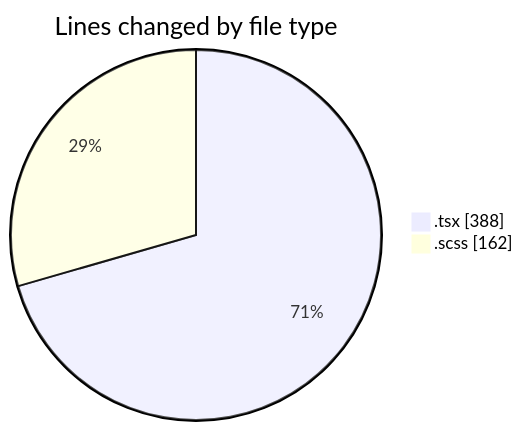
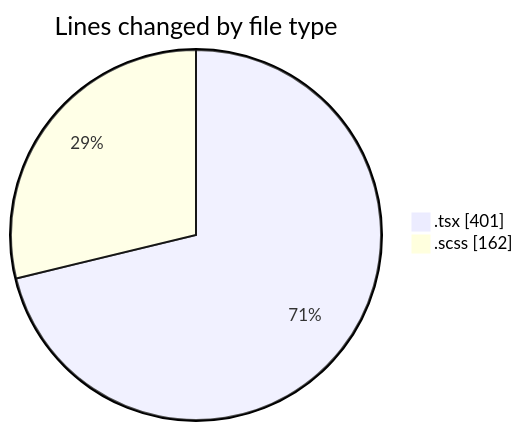
One commit to momahboobian/code-tracking changed the first of 2 diagrams in 2026-04-16/cda/README.md. Above: the diagram before and after it, drawn with Mermaid. The commit also changed other lines of this file and 1 other file, not shown here.

````diff
--- a/2026-04-16/cda/README.md
+++ b/2026-04-16/cda/README.md
@@ -22,6 +22,6 @@
 ```mermaid
 pie showData
 title Lines changed by file type
-".tsx" : 388
+".tsx" : 401
 ".scss" : 162
 ```
````
